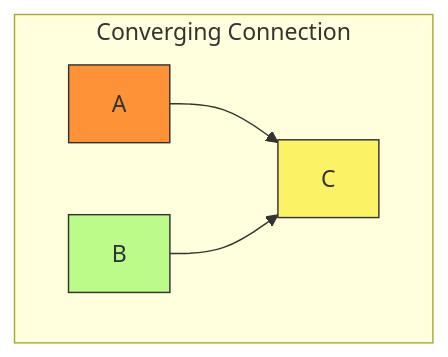
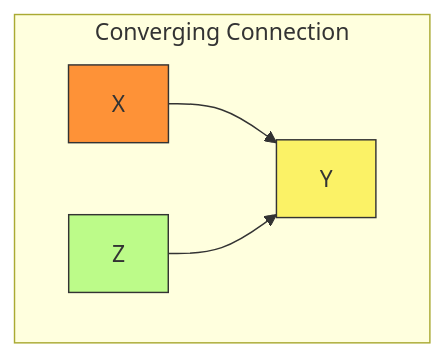
One commit to Chaklader/part-of-speech-tagging changed the fifth of 14 diagrams in C_4.md. Above: the diagram before and after it, drawn with Mermaid. The commit also changed other lines of this file, not shown here.

````diff
--- a/C_4.md
+++ b/C_4.md
@@ -540,11 +540,11 @@
         ```mermaid
         graph TD
             subgraph "Converging Connection"
-            A3[A] --> C3[C]
-            B3[B] --> C3
+            A3[X] --> C3[Y]
+            B3[Z] --> C3
             end
 
             style A3 fill:#FE9237,stroke:#333,stroke-width:1px
             style B3 fill:#BCFB89,stroke:#333,stroke-width:1px
             style C3 fill:#FBF266,stroke:#333,stroke-width:1px
         ```
````
